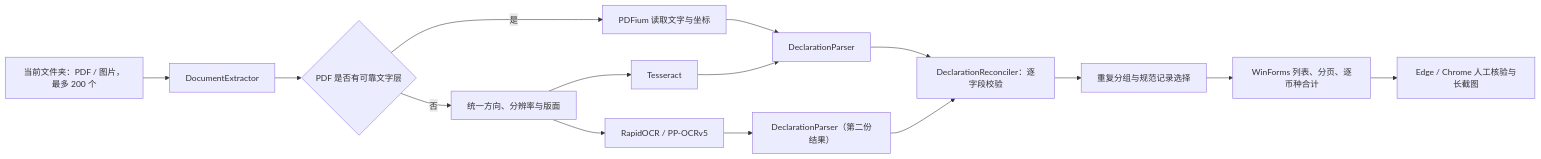
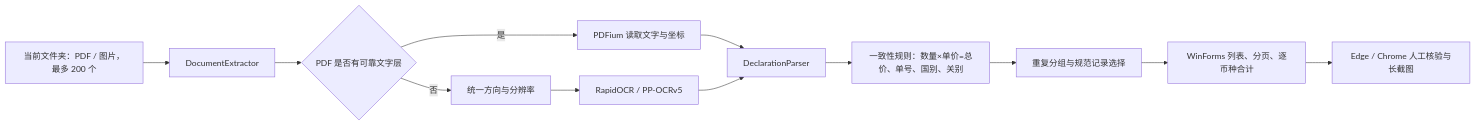
Before and after one commit to Leon1ca/customs-clearance-console: the diagram in docs/architecture.md, drawn with Mermaid. The commit also changed other lines of this file and 8 other files, not shown here.

````diff
--- a/docs/architecture.md
+++ b/docs/architecture.md
@@ -5,17 +5,14 @@
 ```mermaid
 flowchart LR
     A["当前文件夹：PDF / 图片，最多 200 个"] --> B["DocumentExtractor"]
     B --> C{"PDF 是否有可靠文字层"}
     C -->|是| D["PDFium 读取文字与坐标"]
-    C -->|否| E["统一方向、分辨率与版面"]
-    E --> F["Tesseract"]
+    C -->|否| E["统一方向与分辨率"]
     E --> G["RapidOCR / PP-OCRv5"]
     D --> H["DeclarationParser"]
-    F --> H
-    G --> I["DeclarationParser（第二份结果）"]
-    H --> J["DeclarationReconciler：逐字段校验"]
-    I --> J
+    G --> H
+    H --> J["一致性规则：数量×单价=总价、单号、国别、关别"]
     J --> K["重复分组与规范记录选择"]
     K --> L["WinForms 列表、分页、逐币种合计"]
     L --> M["Edge / Chrome 人工核验与长截图"]
 ```
````
